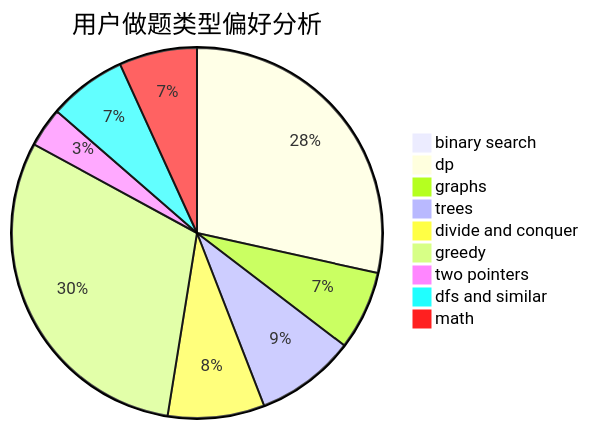
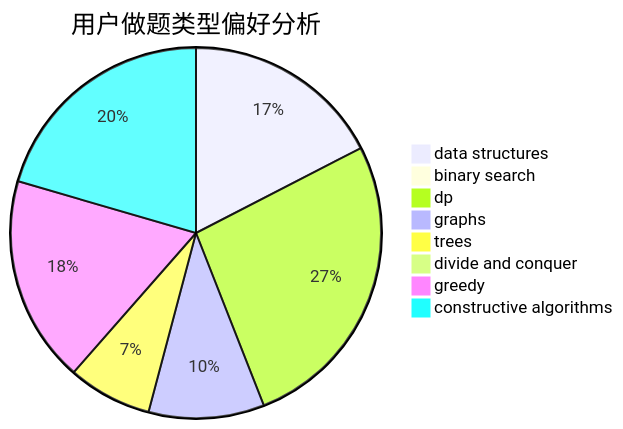
One commit to sherpahu/cfrs.github.io changed the second of 3 diagrams in docs/user/u726.md. Above: the diagram before and after it, drawn with Mermaid. The commit also changed other lines of this file and 2775 other files, not shown here.

````diff
--- a/docs/user/u726.md
+++ b/docs/user/u726.md
@@ -23,12 +23,11 @@
 ```mermaid
 pie title 用户做题类型偏好分析
-    "binary search" :  6
-    "dp" :  297
-    "graphs" :  72
-    "trees" :  91
-    "divide and conquer" :  88
-    "greedy" :  317
-    "two pointers" :  36
-    "dfs and similar" :  71
-    "math" :  71
+    "data structures" :  57
+    "binary search" :  0
+    "dp" :  87
+    "graphs" :  33
+    "trees" :  24
+    "divide and conquer" :  0
+    "greedy" :  59
+    "constructive algorithms" :  67
 ```
````
